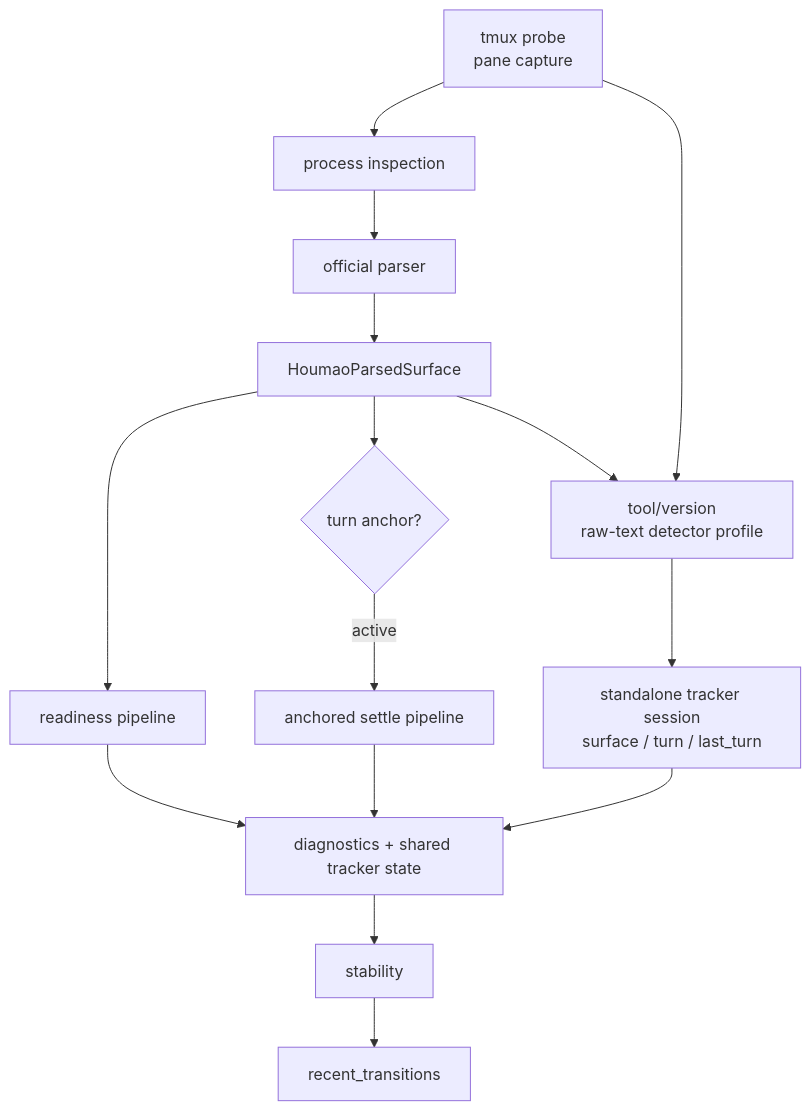
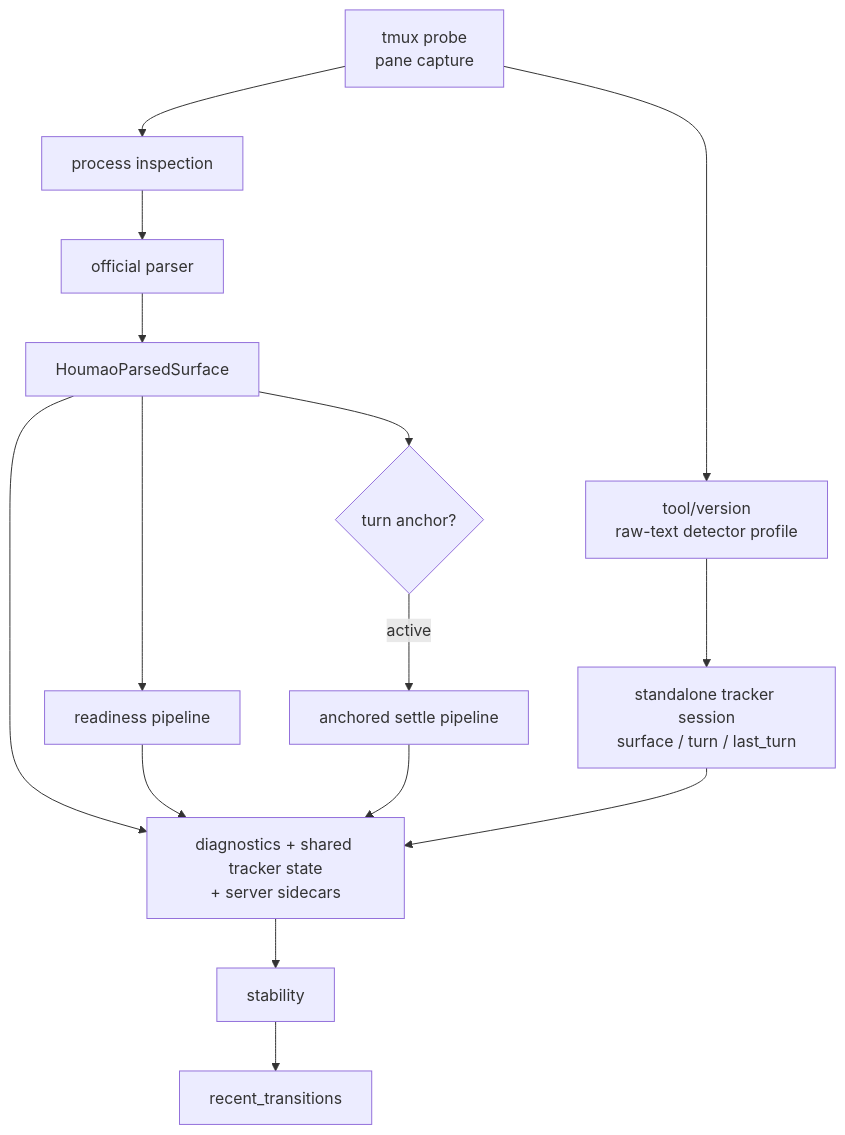
One commit to igamenovoer/houmao changed the diagram in docs/developer/houmao-server/state-tracking.md. Above: the diagram before and after it, drawn with Mermaid. The commit also changed other lines of this file and 13 other files, not shown here.

Commit message:
feat: delegate houmao-server tui tracking to shared tracker

````diff
--- a/docs/developer/houmao-server/state-tracking.md
+++ b/docs/developer/houmao-server/state-tracking.md
@@ -43,26 +44,26 @@
 ```mermaid
 flowchart TD
     Probe["tmux probe<br/>pane capture"]
     Proc["process inspection"]
     Parse["official parser"]
     Surf["HoumaoParsedSurface"]
     Detect["tool/version<br/>raw-text detector profile"]
     Shared["standalone tracker session<br/>surface / turn / last_turn"]
     Ready["readiness pipeline"]
     Anchor{"turn anchor?"}
     Anch["anchored settle pipeline"]
-    Public["diagnostics + shared tracker state"]
+    Public["diagnostics + shared tracker state<br/>+ server sidecars"]
     Stable["stability"]
     Hist["recent_transitions"]
 
     Probe --> Proc --> Parse --> Surf
-    Surf --> Detect
     Probe --> Detect
     Surf --> Ready
     Surf --> Anchor
     Anchor -->|active| Anch
+    Surf --> Public
     Detect --> Shared
     Ready --> Public
     Anch --> Public
     Shared --> Public --> Stable --> Hist
 ```
````
